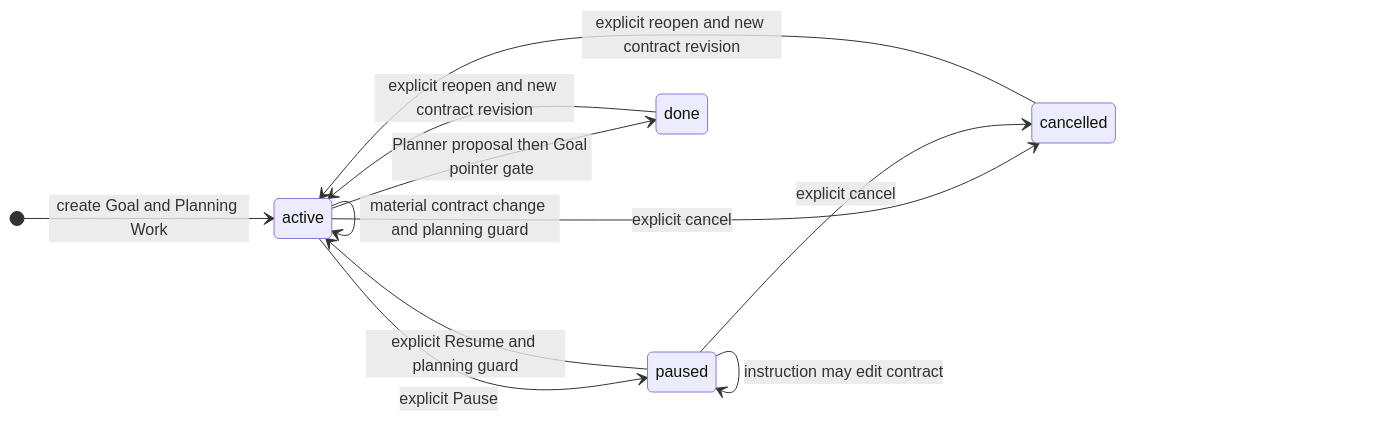
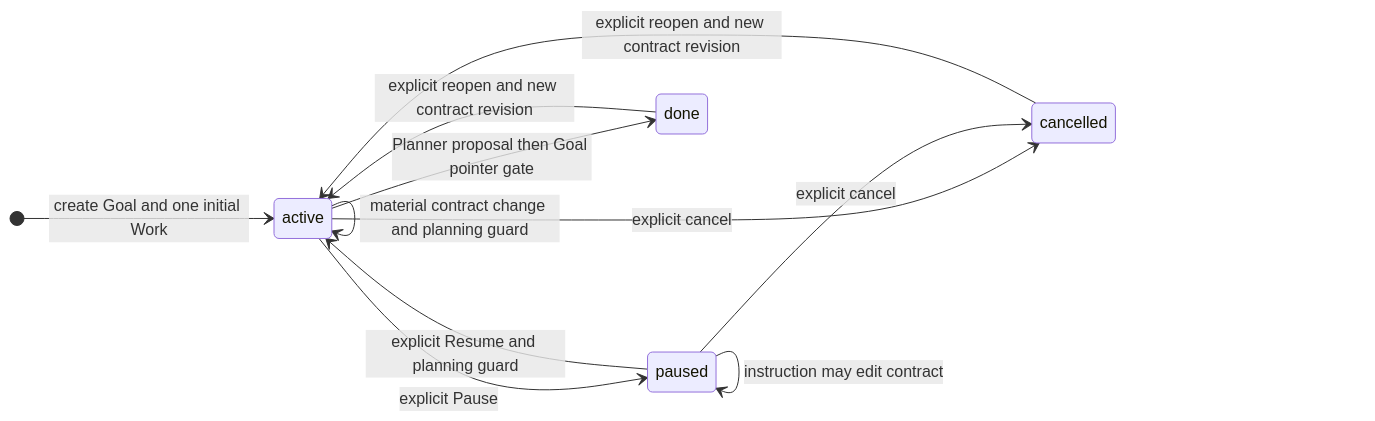
Before and after one commit to kllilizxc/hopi-auto: the third of 4 diagrams in docs/mvp_state_machine.md, drawn with Mermaid. The commit also changed other lines of this file and 52 other files, not shown here.

````diff
--- a/docs/mvp_state_machine.md
+++ b/docs/mvp_state_machine.md
@@ -307,20 +319,20 @@
 ```mermaid
 stateDiagram-v2
     direction LR
 
     state "active" as Active
     state "paused" as Paused
     state "done" as Done
     state "cancelled" as Cancelled
 
-    [*] --> Active : create Goal and Planning Work
+    [*] --> Active : create Goal and one initial Work
     Active --> Active : material contract change and planning guard
     Active --> Paused : explicit Pause
     Paused --> Paused : instruction may edit contract
     Paused --> Active : explicit Resume and planning guard
     Active --> Done : Planner proposal then Goal pointer gate
     Active --> Cancelled : explicit cancel
     Paused --> Cancelled : explicit cancel
     Done --> Active : explicit reopen and new contract revision
     Cancelled --> Active : explicit reopen and new contract revision
 ```
````
